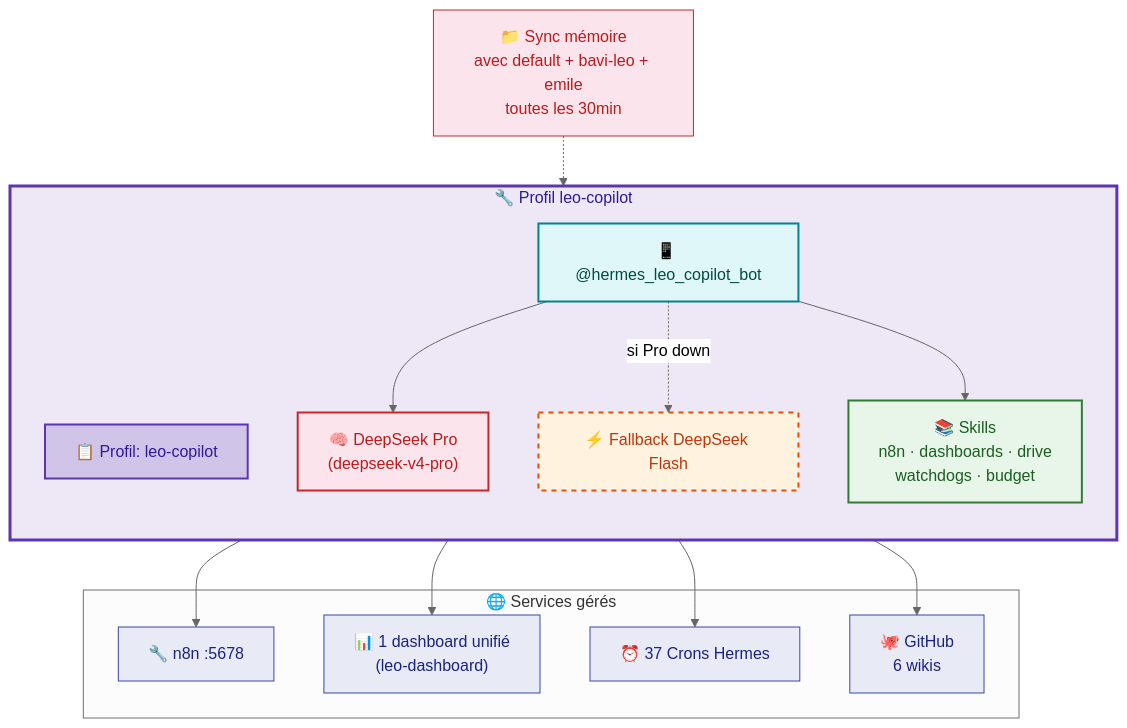
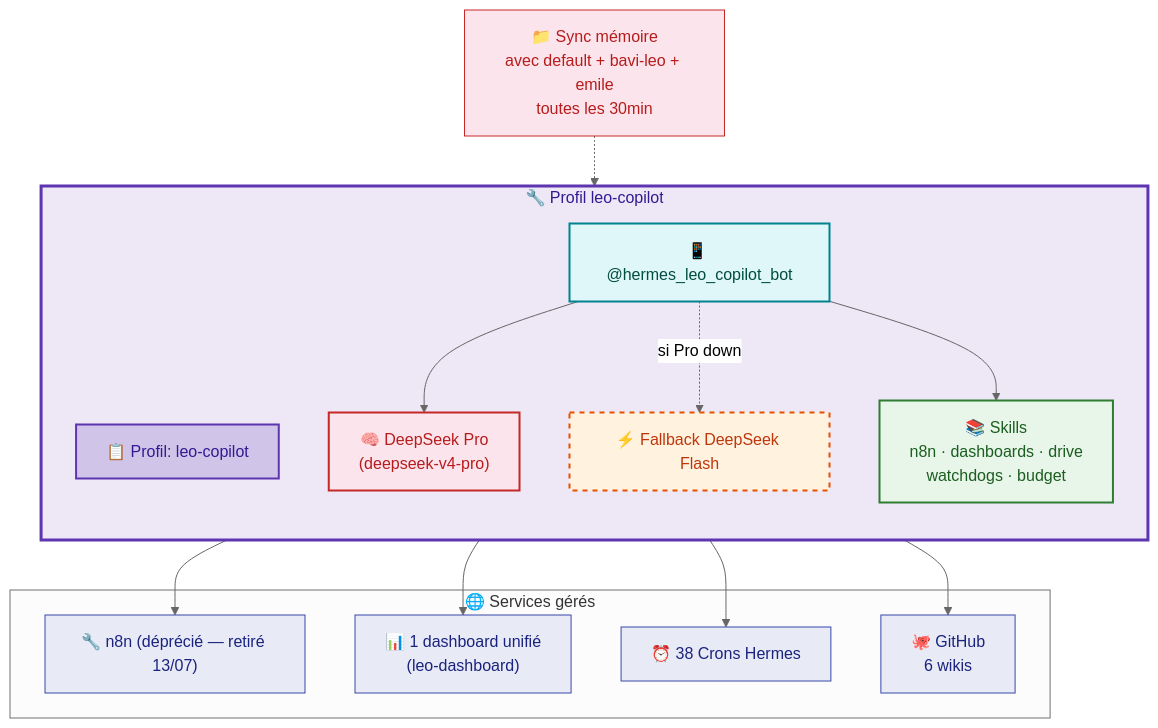
One commit to christophedanhier-hash/hermes-wiki changed the third of 5 diagrams in docs/hermes/architecture-communication.md. Above: the diagram before and after it, drawn with Mermaid (neutral theme). The commit also changed other lines of this file and 3 other files, not shown here.

````diff
--- a/docs/hermes/architecture-communication.md
+++ b/docs/hermes/architecture-communication.md
@@ -122,42 +122,42 @@
 ```mermaid
 flowchart TB
     subgraph COPILOT["🔧 Profil leo-copilot"]
         direction TB
         P1["📋 Profil: leo-copilot"]
         B1["📱 @hermes_leo_copilot_bot"]
         M1["🧠 DeepSeek Pro<br/>(deepseek-v4-pro)"]
         F1["⚡ Fallback DeepSeek Flash"]
         SKILLS["📚 Skills<br/>n8n · dashboards · drive<br/>watchdogs · budget"]
     end
 
     subgraph EXTERNE["🌐 Services gérés"]
-        N8N["🔧 n8n :5678"]
+        N8N["🔧 n8n (déprécié — retiré 13/07)"]
         DASH["📊 1 dashboard unifié<br/>(leo-dashboard)"]
-        CRONS["⏰ 37 Crons Hermes"]
+        CRONS["⏰ 38 Crons Hermes"]
         GH["🐙 GitHub<br/>6 wikis"]
     end
 
     MEM["📁 Sync mémoire<br/>avec default + bavi-leo + emile<br/>toutes les 30min"]
 
     B1 --> M1
     B1 -.->|"si Pro down"| F1
     B1 --> SKILLS
     MEM -.-> P1
 
     SKILLS --> N8N
     SKILLS --> DASH
     SKILLS --> CRONS
     SKILLS --> GH
 
     style COPILOT fill:#ede7f6,stroke:#5e35b1,stroke-width:3px,color:#311b92
     style P1 fill:#d1c4e9,stroke:#5e35b1,stroke-width:2px,color:#311b92
     style B1 fill:#e0f7fa,stroke:#00838f,stroke-width:2px,color:#004d40
     style M1 fill:#fce4ec,stroke:#c62828,stroke-width:2px,color:#b71c1c
     style F1 fill:#fff3e0,stroke:#e65100,stroke-width:2px,stroke-dasharray:5,color:#bf360c
     style SKILLS fill:#e8f5e9,stroke:#2e7d32,stroke-width:2px,color:#1b5e20
     style MEM fill:#fce4ec,stroke:#c62828,color:#b71c1c
     style N8N fill:#e8eaf6,stroke:#3949ab,color:#1a237e
     style DASH fill:#e8eaf6,stroke:#3949ab,color:#1a237e
     style CRONS fill:#e8eaf6,stroke:#3949ab,color:#1a237e
     style GH fill:#e8eaf6,stroke:#3949ab,color:#1a237e
 ```
````
